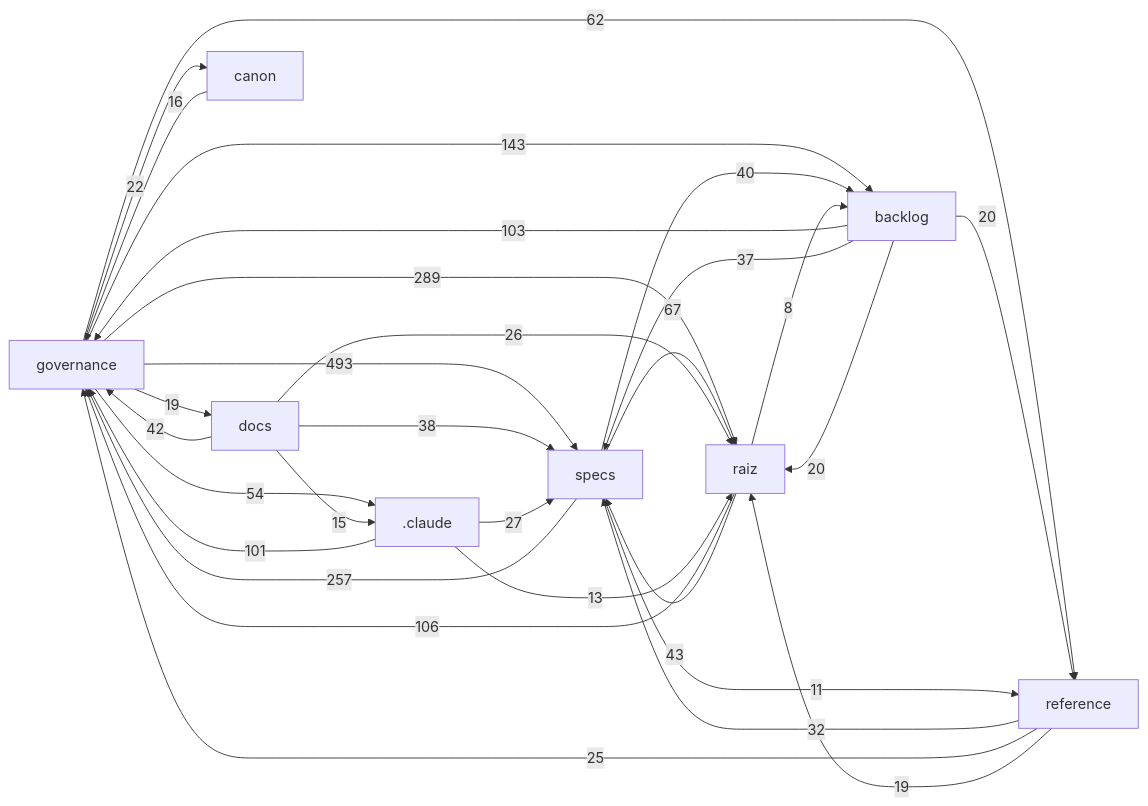
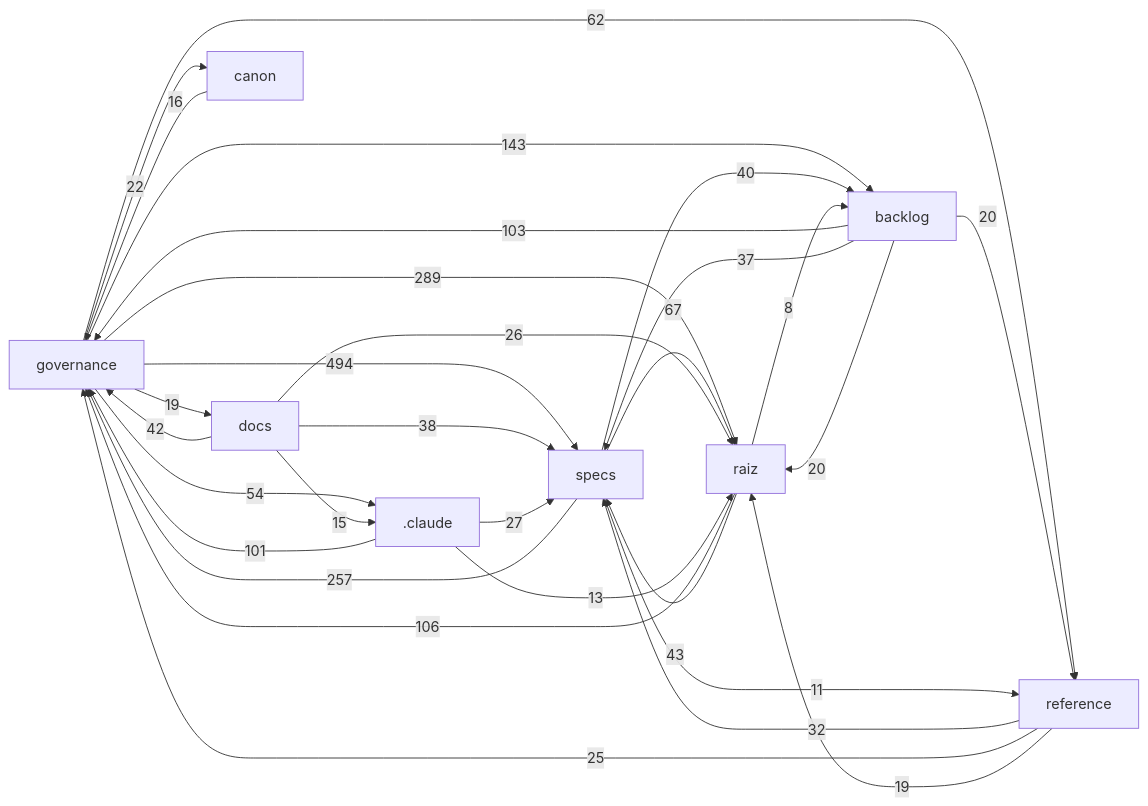
The diagram in docs/mapa/MAPA-PROJETO.md (Andraus35/Sistema-Operacional-de-Trading--SOT), drawn with Mermaid before and after one commit. The commit also changed other lines of this file and 3 other files, not shown here.

````diff
--- a/docs/mapa/MAPA-PROJETO.md
+++ b/docs/mapa/MAPA-PROJETO.md
@@ -29,32 +29,32 @@
 ```mermaid
 flowchart LR
-  governance["governance"] -->|493| specs["specs"]
+  governance["governance"] -->|494| specs["specs"]
   governance["governance"] -->|289| raiz["raiz"]
   specs["specs"] -->|257| governance["governance"]
   governance["governance"] -->|143| backlog["backlog"]
   raiz["raiz"] -->|106| governance["governance"]
   backlog["backlog"] -->|103| governance["governance"]
   _claude[".claude"] -->|101| governance["governance"]
   specs["specs"] -->|67| raiz["raiz"]
   governance["governance"] -->|62| reference["reference"]
   governance["governance"] -->|54| _claude[".claude"]
   raiz["raiz"] -->|43| specs["specs"]
   docs["docs"] -->|42| governance["governance"]
   specs["specs"] -->|40| backlog["backlog"]
   docs["docs"] -->|38| specs["specs"]
   backlog["backlog"] -->|37| specs["specs"]
   reference["reference"] -->|32| specs["specs"]
   _claude[".claude"] -->|27| specs["specs"]
   docs["docs"] -->|26| raiz["raiz"]
   reference["reference"] -->|25| governance["governance"]
   governance["governance"] -->|22| canon["canon"]
   backlog["backlog"] -->|20| raiz["raiz"]
   backlog["backlog"] -->|20| reference["reference"]
   governance["governance"] -->|19| docs["docs"]
   reference["reference"] -->|19| raiz["raiz"]
   canon["canon"] -->|16| governance["governance"]
   docs["docs"] -->|15| _claude[".claude"]
   _claude[".claude"] -->|13| raiz["raiz"]
   specs["specs"] -->|11| reference["reference"]
   raiz["raiz"] -->|8| backlog["backlog"]
 ```
````
